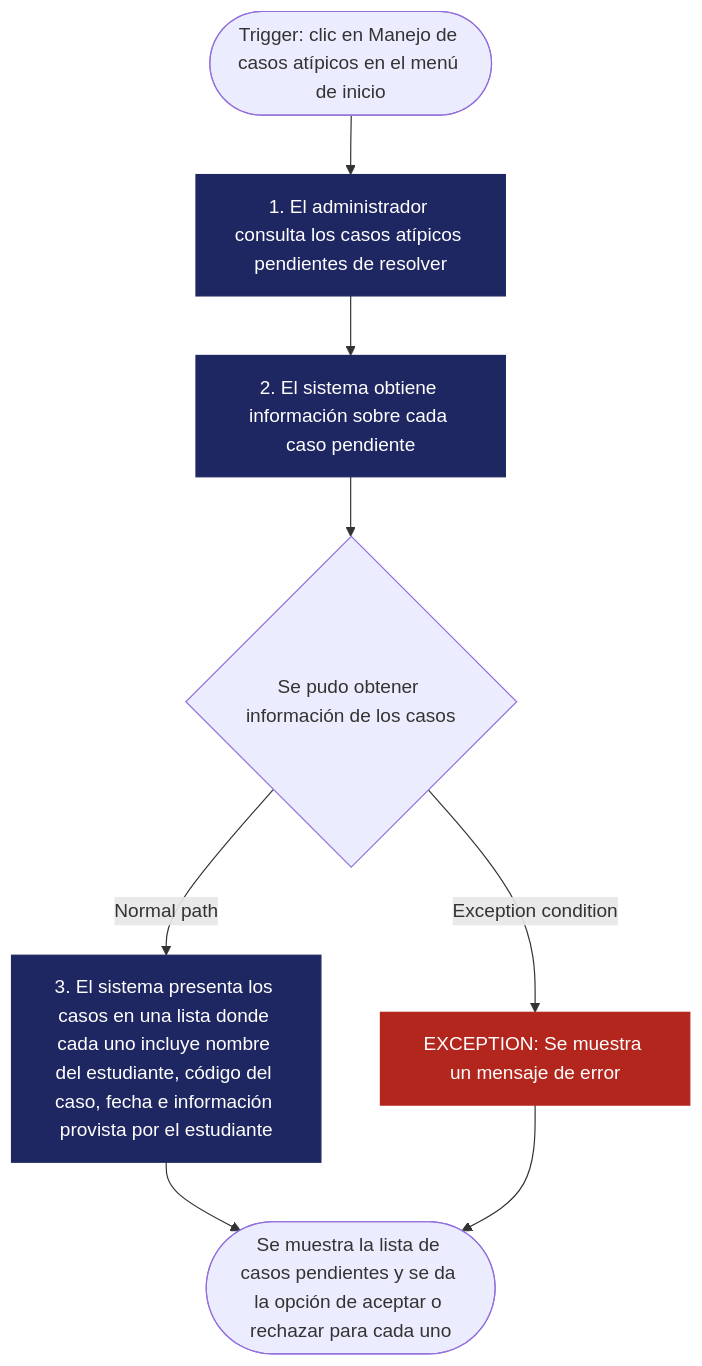
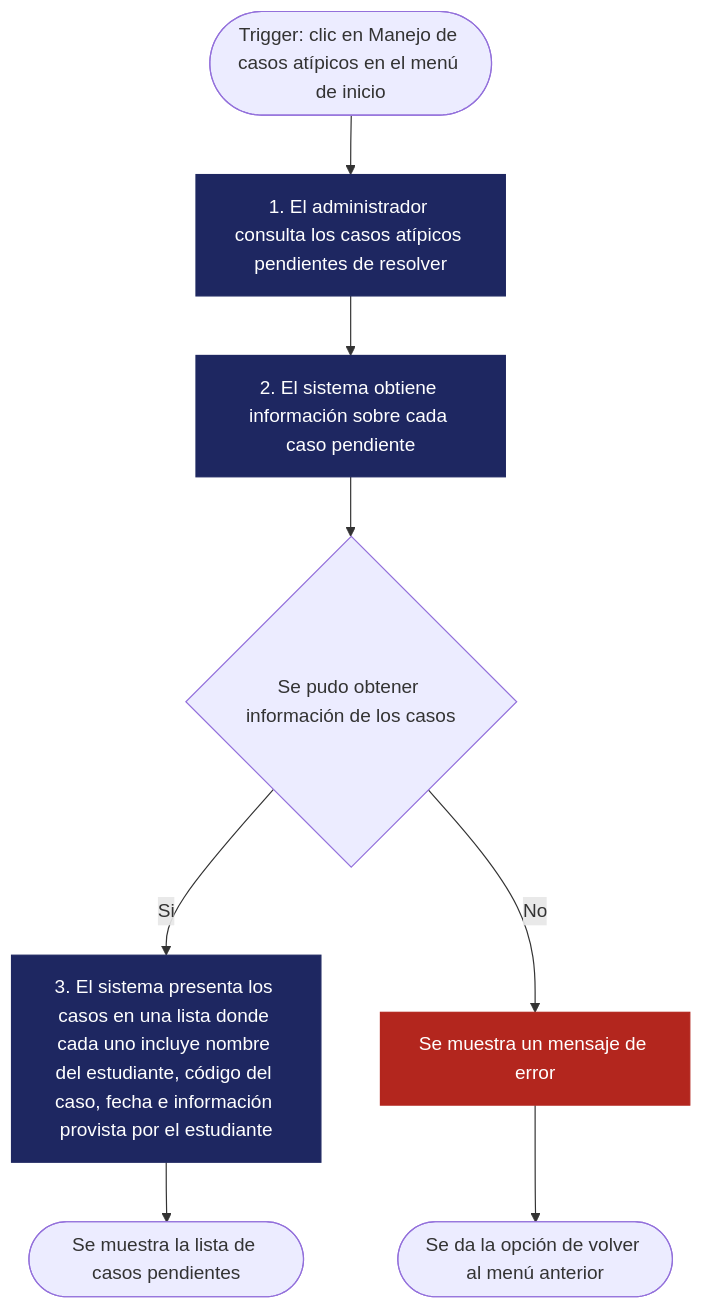
Before and after one commit to alfredoquev/Almuerzate.app: the first of 5 diagrams in docs/REQ-01-Sistema-de-manejo-de-casos-especiales.md, drawn with Mermaid.

Commit message:
Refactor flowchart for case management process

````diff
--- a/docs/REQ-01-Sistema-de-manejo-de-casos-especiales.md
+++ b/docs/REQ-01-Sistema-de-manejo-de-casos-especiales.md
@@ -206,17 +206,17 @@
 ```mermaid
 flowchart TD
     A([Trigger: clic en Manejo de casos atípicos en el menú de inicio]) --> B["1. El administrador consulta los casos atípicos pendientes de resolver"]
     B --> C["2. El sistema obtiene información sobre cada caso pendiente"]
     C --> D{"Se pudo obtener información de los casos"}
-    D -- "Normal path" --> G["3. El sistema presenta los casos en una lista donde cada uno incluye nombre del estudiante, código del caso, fecha e información provista por el estudiante"]
-    G --> H(["Se muestra la lista de casos pendientes y se da la opción de aceptar o rechazar para cada uno"])
-    D -- "Exception condition" --> F["EXCEPTION: Se muestra un mensaje de error"]
-    F --> H
+    D -- "Si" --> G["3. El sistema presenta los casos en una lista donde cada uno incluye nombre del estudiante, código del caso, fecha e información provista por el estudiante"]
+    G --> H(["Se muestra la lista de casos pendientes"])
+    D -- "No" --> F["Se muestra un mensaje de error"]
+    F --> I(["Se da la opción de volver al menú anterior"])
 
     classDef mainflow fill:#1E2761,color:#ffffff,stroke:#1E2761;
     classDef alt fill:#F2A541,color:#1E2761,stroke:#F2A541;
     classDef exception fill:#B3261E,color:#ffffff,stroke:#B3261E;
     class B,C,G mainflow;
     class E alt;
     class F exception;
 ```
````
